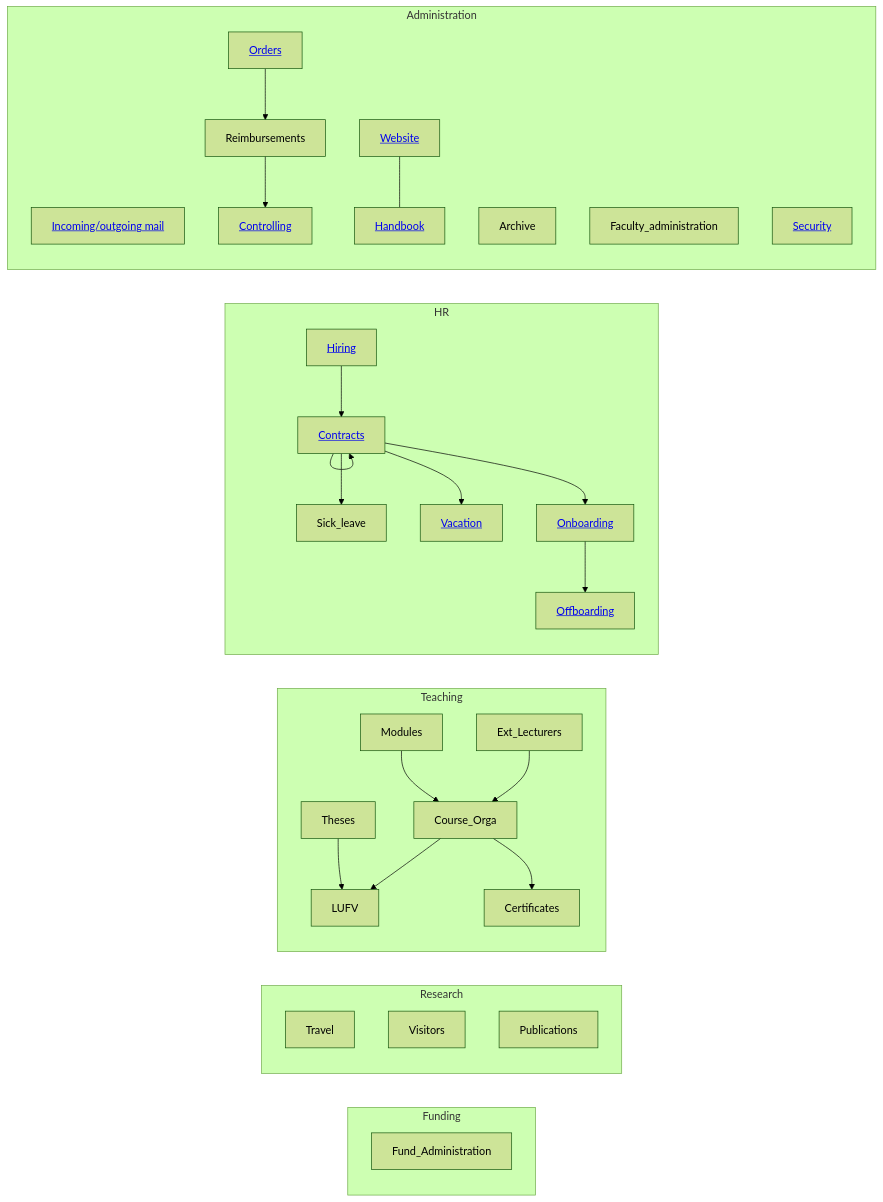
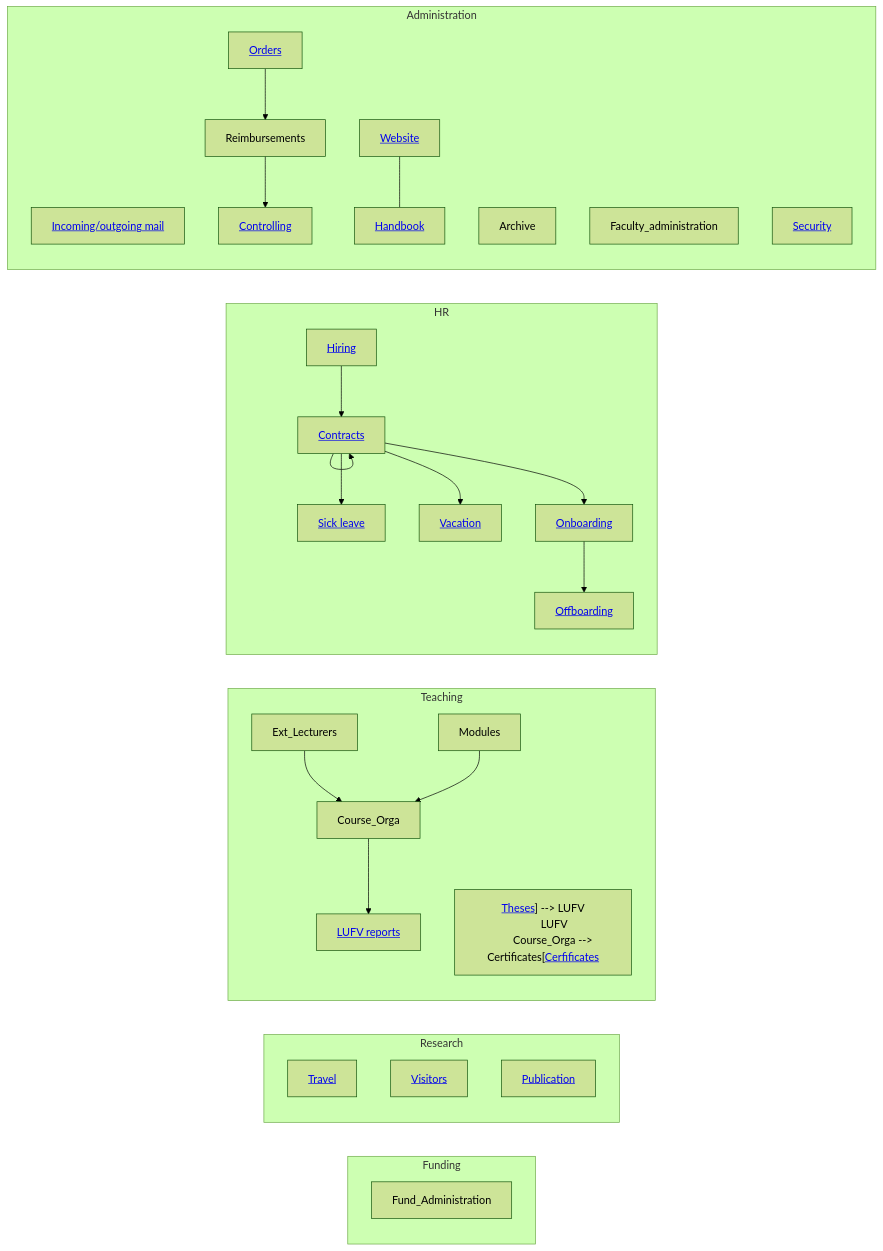
Before and after one commit to digital-work-lab/handbook: the diagram in docs/10-lab/10_processes/10.09.team_assistance.md, drawn with Mermaid (forest theme).

````diff
--- a/docs/10-lab/10_processes/10.09.team_assistance.md
+++ b/docs/10-lab/10_processes/10.09.team_assistance.md
@@ -13,39 +13,39 @@
 ```mermaid
 flowchart LR
     subgraph Funding
         Fund_Administration
     end
     subgraph Research
-        Travel
-        Visitors
-        Publications
+        Travel["<a href='10.50.travel.html'>Travel</a>"]
+        Visitors["<a href='10.53.visitors.html'>Visitors</a>"]
+        Publications["<a href='../../20-research/20_processes/20.33.publication.html'>Publication</a>"]
     end
     subgraph Teaching
         Ext_Lecturers --> Course_Orga
         Modules --> Course_Orga
-        Course_Orga --> LUFV
-        Theses --> LUFV
+        Course_Orga --> LUFV["<a href='../../30-teaching/30_processes/30.20.reports.html'>LUFV reports</a>"]
+        Theses["<a href='../../30-teaching/30_processes/30.40.theses.html'>Theses</a>] --> LUFV
         LUFV
-        Course_Orga --> Certificates
+        Course_Orga --> Certificates["<a href='../../30-teaching/30_processes/30.51.certificates.html'>Cerfificates</a>]
     end
     subgraph HR
         Hiring["<a href='10.30.hiring.html'>Hiring</a>"] --> Contracts["<a href='10.31.contracts.html'>Contracts</a>"]
         Contracts --> Contracts
         Contracts --> Onboarding["<a href='10.32.onboarding.html'>Onboarding</a>"]
-        Contracts --> Sick_leave
+        Contracts --> Sick_leave["<a href='10.35.sick_leave.html'>Sick leave</a>"]
         Contracts --> Vacation["<a href='10.33.vacation.html'>Vacation</a>"]
         Onboarding --> Offoarding["<a href='10.39.offboarding.html'>Offboarding</a>"]
     end
     subgraph Administration
         Mail["<a href='10.51.mail.html'>Incoming/outgoing mail</a>"]
         Archive
         Faculty_administration
         Orders["<a href='10.52.orders.html'>Orders</a>"] --> Reimbursements
         Reimbursements --> Controlling["<a href='10.70.controlling.html'>Controlling</a>"]
         Controlling
         Website["<a href='10.11.website.html'>Website</a>"] --- Handbook["<a href='10.10.handbook.html'>Handbook</a>"]
         Handbook
         Security["<a href='10.72.security.html'>Security</a>"]
     end
 
 ```
````
